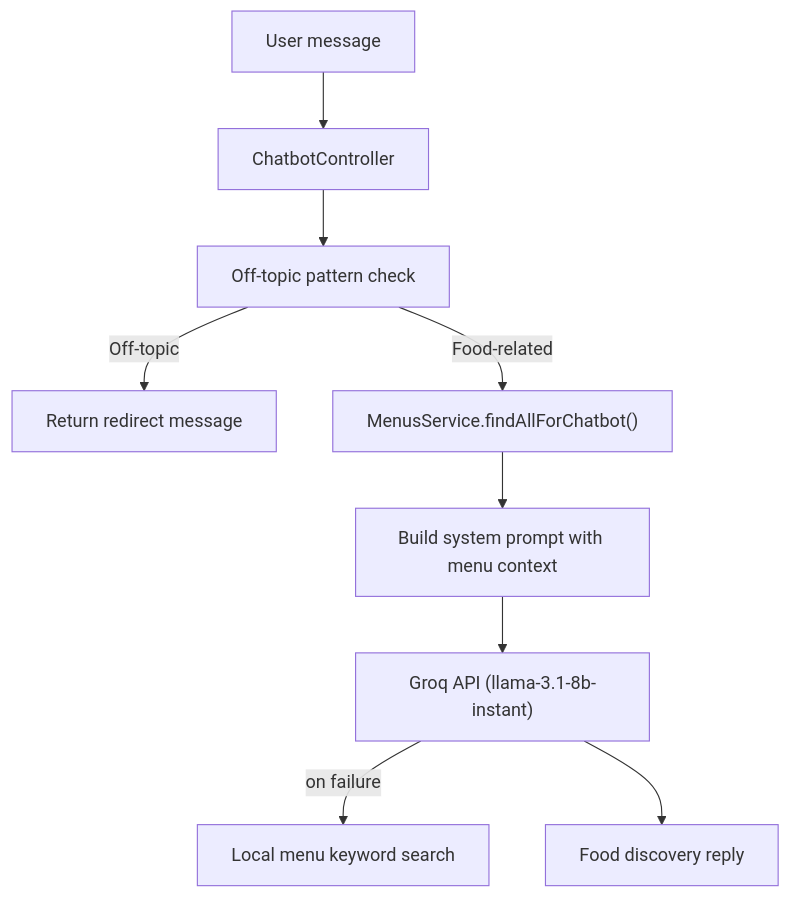
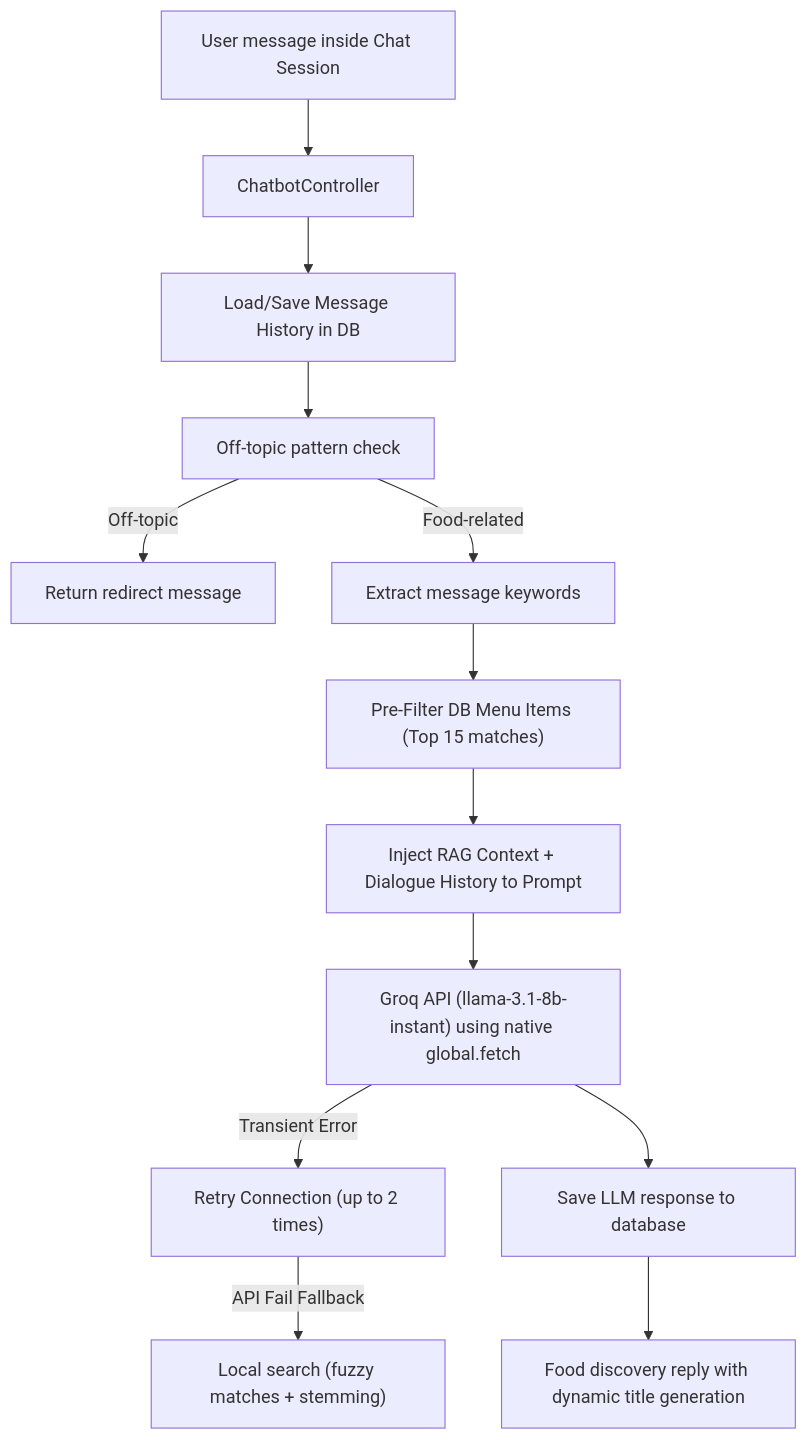
The seventh of 9 diagrams in docs/architecture.md (noumanh11/FoodRush), drawn with Mermaid before and after one commit. The commit also changed other lines of this file and 2 other files, not shown here.

Commit message:
docs: update system design documents with persistent RAG chatbot architecture and database schemas

````diff
--- a/docs/architecture.md
+++ b/docs/architecture.md
@@ -191,11 +191,15 @@
 ```mermaid
 flowchart TD
-    UserMsg["User message"] --> Controller["ChatbotController"]
-    Controller --> ScopeCheck["Off-topic pattern check"]
+    UserMsg["User message inside Chat Session"] --> Controller["ChatbotController"]
+    Controller --> LoadSession["Load/Save Message History in DB"]
+    LoadSession --> ScopeCheck["Off-topic pattern check"]
     ScopeCheck -->|Off-topic| RejectMsg["Return redirect message"]
-    ScopeCheck -->|Food-related| LoadMenu["MenusService.findAllForChatbot()"]
-    LoadMenu --> BuildPrompt["Build system prompt with menu context"]
-    BuildPrompt --> Groq["Groq API (llama-3.1-8b-instant)"]
-    Groq -->|on failure| LocalSearch["Local menu keyword search"]
-    Groq --> Response["Food discovery reply"]
+    ScopeCheck -->|Food-related| KeywordExtract["Extract message keywords"]
+    KeywordExtract --> PreFilterRAG["Pre-Filter DB Menu Items (Top 15 matches)"]
+    PreFilterRAG --> BuildPrompt["Inject RAG Context + Dialogue History to Prompt"]
+    BuildPrompt --> Groq["Groq API (llama-3.1-8b-instant) using native global.fetch"]
+    Groq -->|Transient Error| Retry["Retry Connection (up to 2 times)"]
+    Retry -->|API Fail Fallback| LocalSearch["Local search (fuzzy matches + stemming)"]
+    Groq --> SaveResponse["Save LLM response to database"]
+    SaveResponse --> Response["Food discovery reply with dynamic title generation"]
 ```
````
